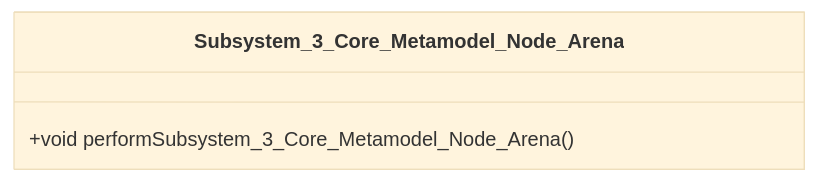
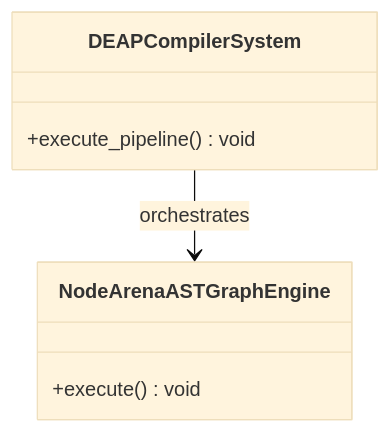
One commit to gintatkinson/dumpiler-01 changed the first of 2 diagrams in docs/epics/EPIC-05-Subsystem_3_Core_Metamodel_Node_Arena.md. Above: the diagram before and after it, drawn with Mermaid (base theme). The commit also changed other lines of this file and 90 other files, not shown here.

````diff
--- a/docs/epics/EPIC-05-Subsystem_3_Core_Metamodel_Node_Arena.md
+++ b/docs/epics/EPIC-05-Subsystem_3_Core_Metamodel_Node_Arena.md
@@ -30,6 +53,10 @@
 ```mermaid
 classDiagram
-    class Subsystem_3_Core_Metamodel_Node_Arena {
-        +void performSubsystem_3_Core_Metamodel_Node_Arena()
+    class DEAPCompilerSystem {
+        +execute_pipeline() void
     }
+    class NodeArenaASTGraphEngine {
+        +execute() void
+    }
+    DEAPCompilerSystem --> NodeArenaASTGraphEngine : orchestrates
 ```
````
